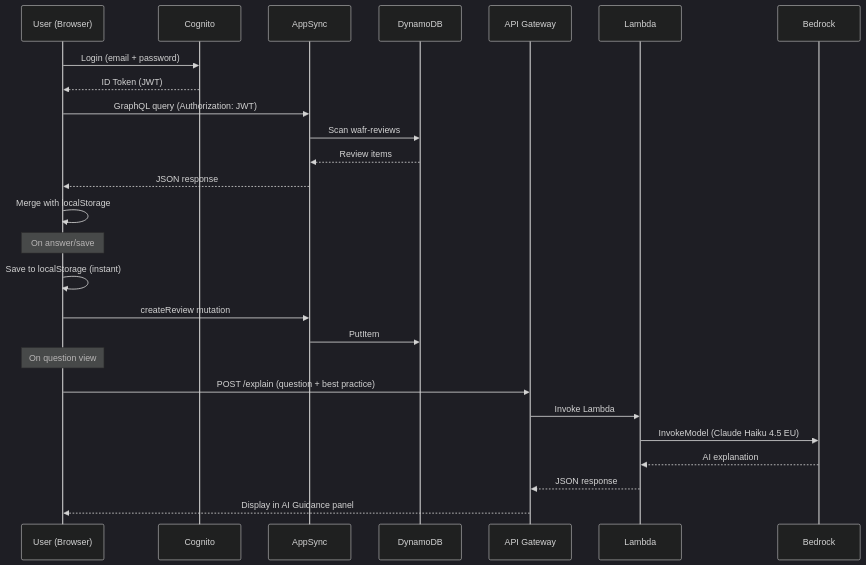
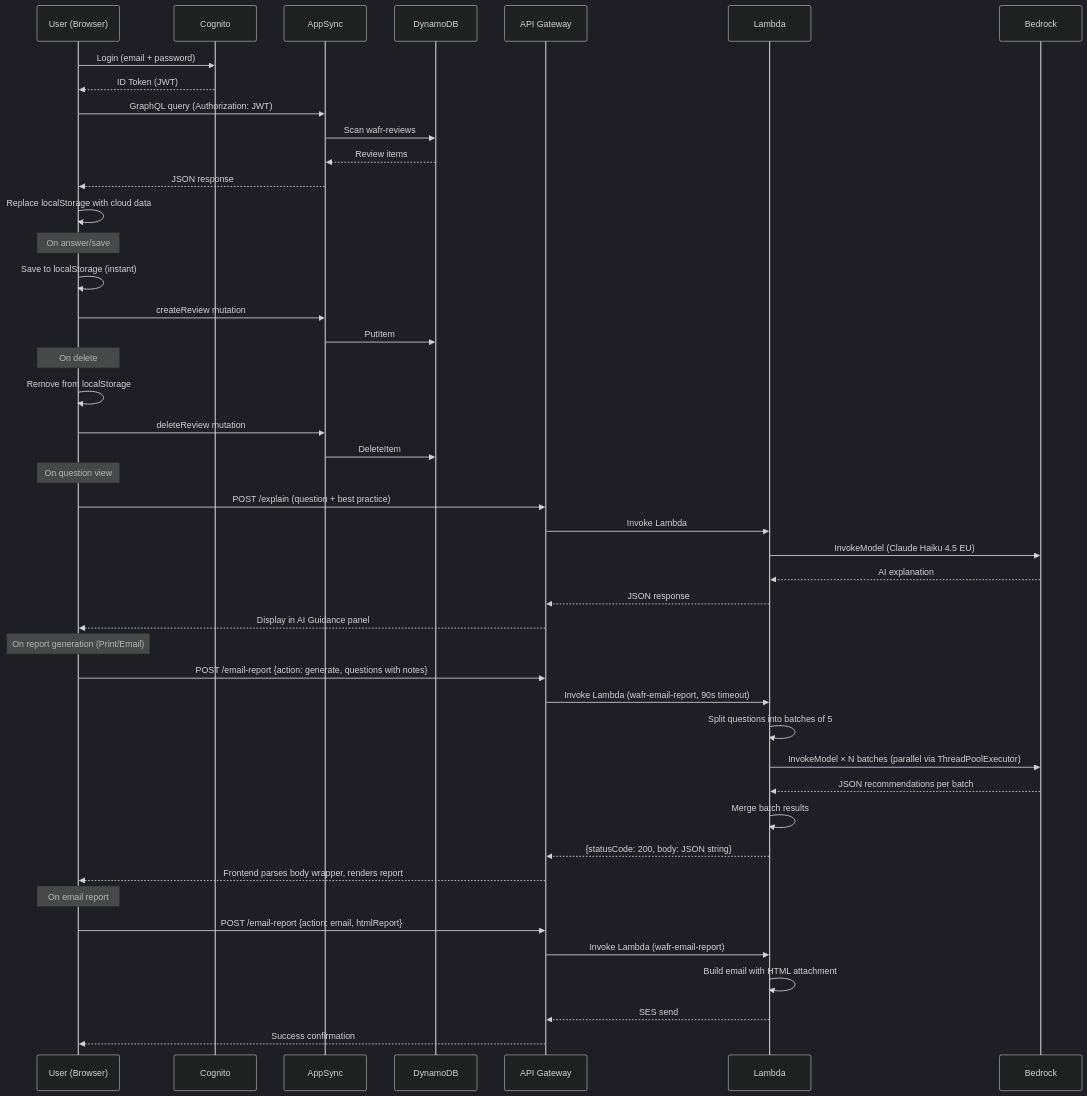
Before and after one commit to danielmatlock/workspaces-well-architected-review: the second of 3 diagrams in docs/ARCHITECTURE.md, drawn with Mermaid (dark theme). The commit also changed other lines of this file and 15 other files, not shown here.

Commit message:
Frontend batching: send 5 questions per API call to avoid 29s API Gateway timeout

````diff
--- a/docs/ARCHITECTURE.md
+++ b/docs/ARCHITECTURE.md
@@ -35,29 +41,48 @@
 ```mermaid
 sequenceDiagram
     participant U as User (Browser)
     participant C as Cognito
     participant A as AppSync
     participant D as DynamoDB
     participant AG as API Gateway
     participant L as Lambda
     participant B as Bedrock
 
     U->>C: Login (email + password)
     C-->>U: ID Token (JWT)
     U->>A: GraphQL query (Authorization: JWT)
     A->>D: Scan wafr-reviews
     D-->>A: Review items
     A-->>U: JSON response
-    U->>U: Merge with localStorage
+    U->>U: Replace localStorage with cloud data
     Note over U: On answer/save
     U->>U: Save to localStorage (instant)
     U->>A: createReview mutation
     A->>D: PutItem
+    Note over U: On delete
+    U->>U: Remove from localStorage
+    U->>A: deleteReview mutation
+    A->>D: DeleteItem
     Note over U: On question view
     U->>AG: POST /explain (question + best practice)
     AG->>L: Invoke Lambda
     L->>B: InvokeModel (Claude Haiku 4.5 EU)
     B-->>L: AI explanation
     L-->>AG: JSON response
     AG-->>U: Display in AI Guidance panel
+    Note over U: On report generation (Print/Email)
+    U->>AG: POST /email-report {action: generate, questions with notes}
+    AG->>L: Invoke Lambda (wafr-email-report, 90s timeout)
+    L->>L: Split questions into batches of 5
+    L->>B: InvokeModel × N batches (parallel via ThreadPoolExecutor)
+    B-->>L: JSON recommendations per batch
+    L->>L: Merge batch results
+    L-->>AG: {statusCode: 200, body: JSON string}
+    AG-->>U: Frontend parses body wrapper, renders report
+    Note over U: On email report
+    U->>AG: POST /email-report {action: email, htmlReport}
+    AG->>L: Invoke Lambda (wafr-email-report)
+    L->>L: Build email with HTML attachment
+    L-->>AG: SES send
+    AG-->>U: Success confirmation
 ```
````
